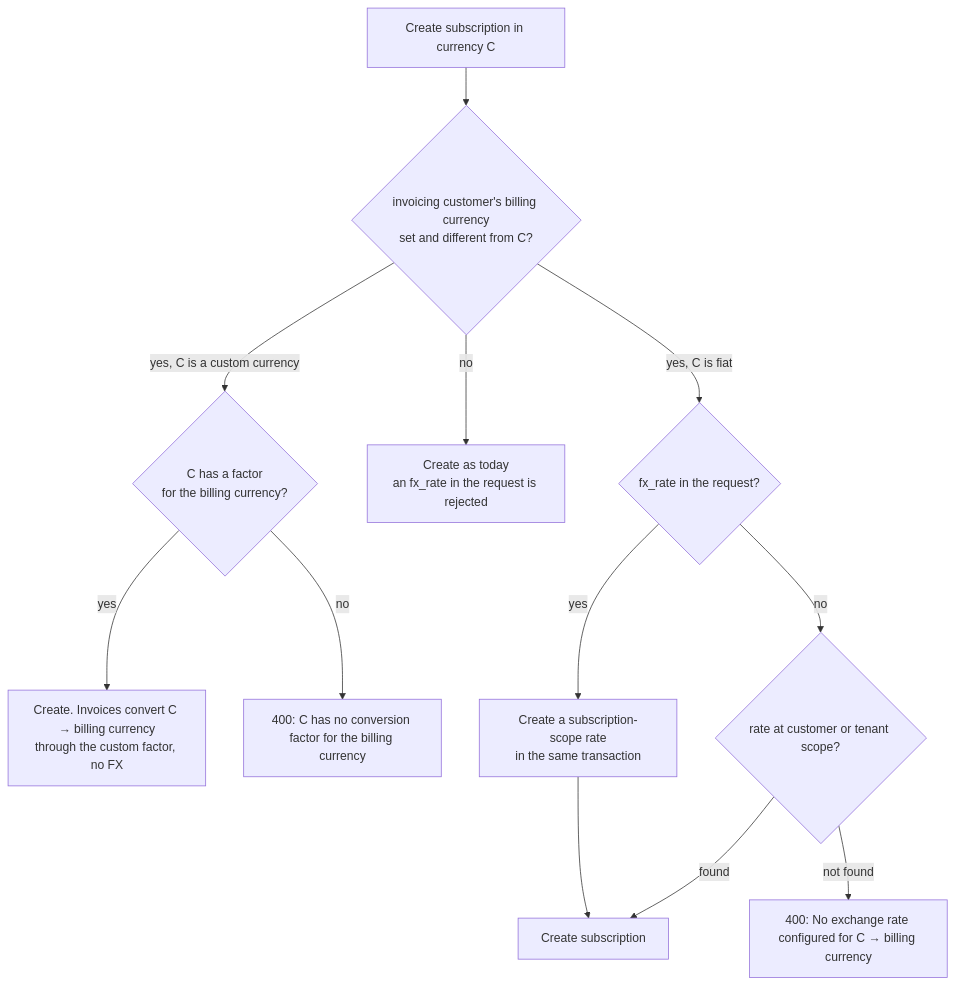
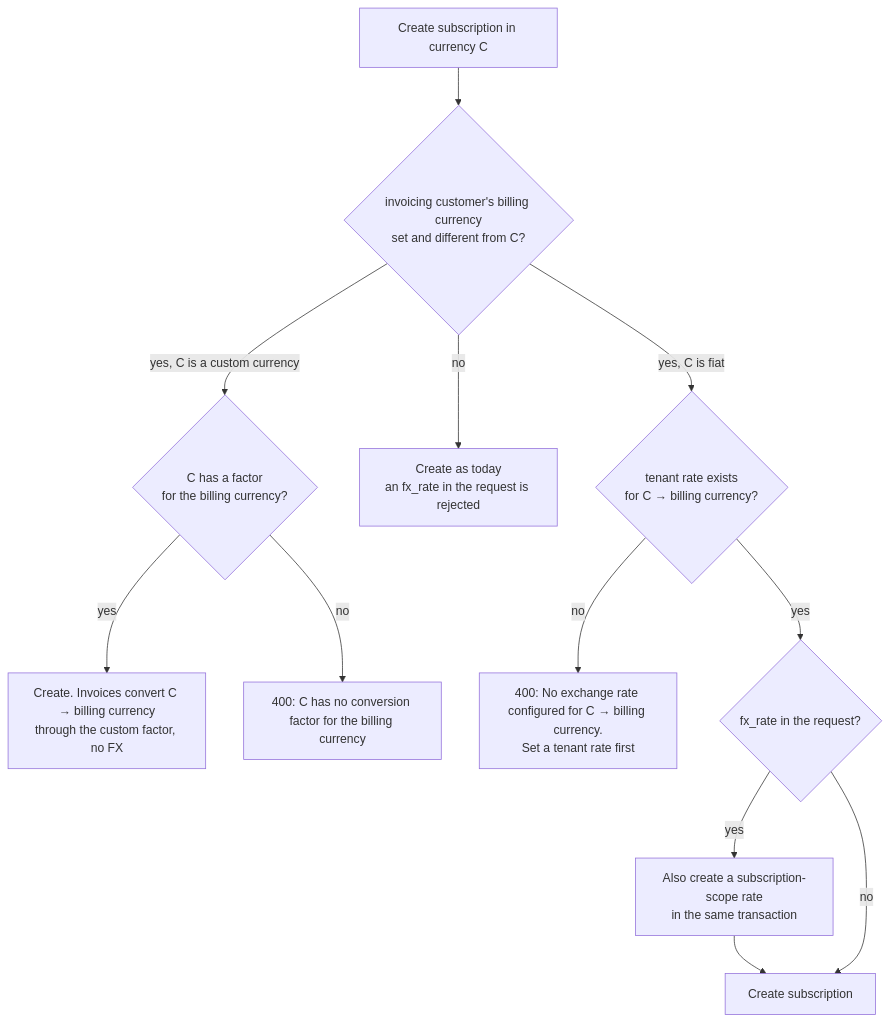
One commit to aghijap/flexprice-FLE-1411 changed the seventh of 7 diagrams in docs/design/2026-09-26-FLE-1383-adaptive-multi-currency-erd.md. Above: the diagram before and after it, drawn with Mermaid. The commit also changed other lines of this file, not shown here.

Commit message:
docs(FLE-1383): every override, including inline fx_rate, needs a tenant rate
Subscription create now checks only for the tenant rate, since no
override can exist without one.

````diff
--- a/docs/design/2026-09-26-FLE-1383-adaptive-multi-currency-erd.md
+++ b/docs/design/2026-09-26-FLE-1383-adaptive-multi-currency-erd.md
@@ -597,13 +597,13 @@
 ```mermaid
 flowchart TD
     A["Create subscription in currency C"] --> B{"invoicing customer's billing currency<br/>set and different from C?"}
     B -- "yes, C is a custom currency" --> CF{"C has a factor<br/>for the billing currency?"}
     CF -- yes --> CREATE3["Create. Invoices convert C → billing currency<br/>through the custom factor, no FX"]
     CF -- no --> RJC["400: C has no conversion factor for the billing currency"]
     B -- no --> CREATE["Create as today<br/>an fx_rate in the request is rejected"]
-    B -- "yes, C is fiat" --> INL{"fx_rate in the request?"}
-    INL -- yes --> ROW["Create a subscription-scope rate<br/>in the same transaction"] --> CREATE2["Create subscription"]
-    INL -- no --> RES{"rate at customer or tenant scope?"}
-    RES -- found --> CREATE2
-    RES -- "not found" --> RJ["400: No exchange rate configured for C → billing currency"]
+    B -- "yes, C is fiat" --> TR{"tenant rate exists<br/>for C → billing currency?"}
+    TR -- no --> RJ["400: No exchange rate configured for C → billing currency.<br/>Set a tenant rate first"]
+    TR -- yes --> INL{"fx_rate in the request?"}
+    INL -- yes --> ROW["Also create a subscription-scope rate<br/>in the same transaction"] --> CREATE2["Create subscription"]
+    INL -- no --> CREATE2
 ```
````
